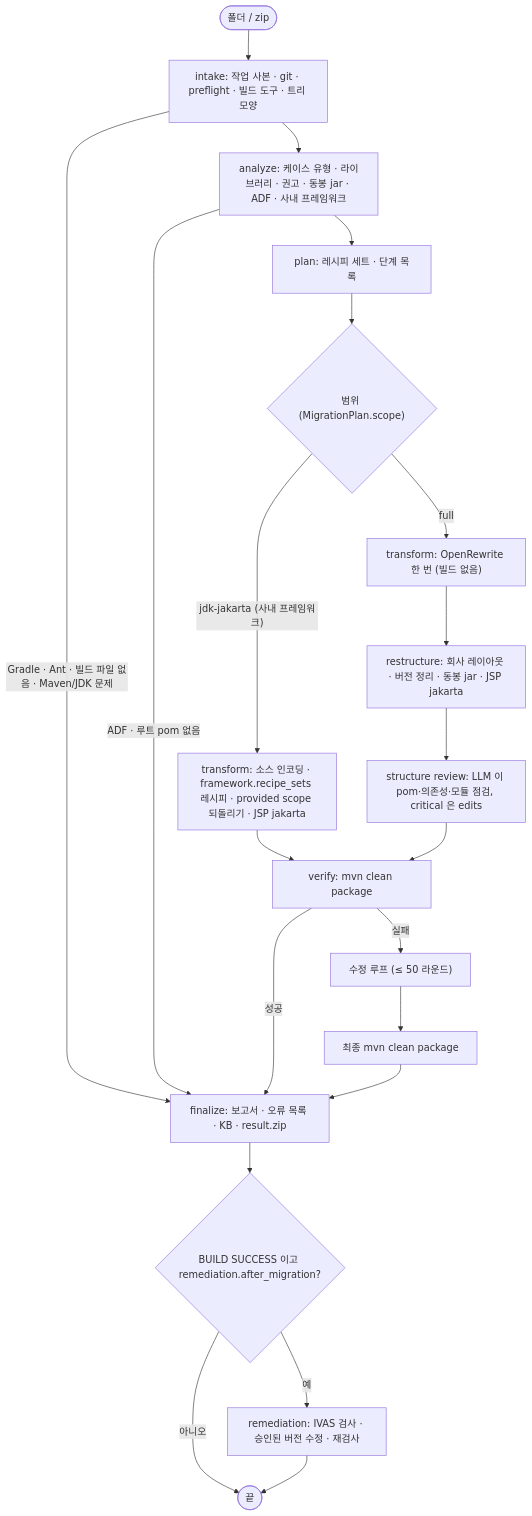
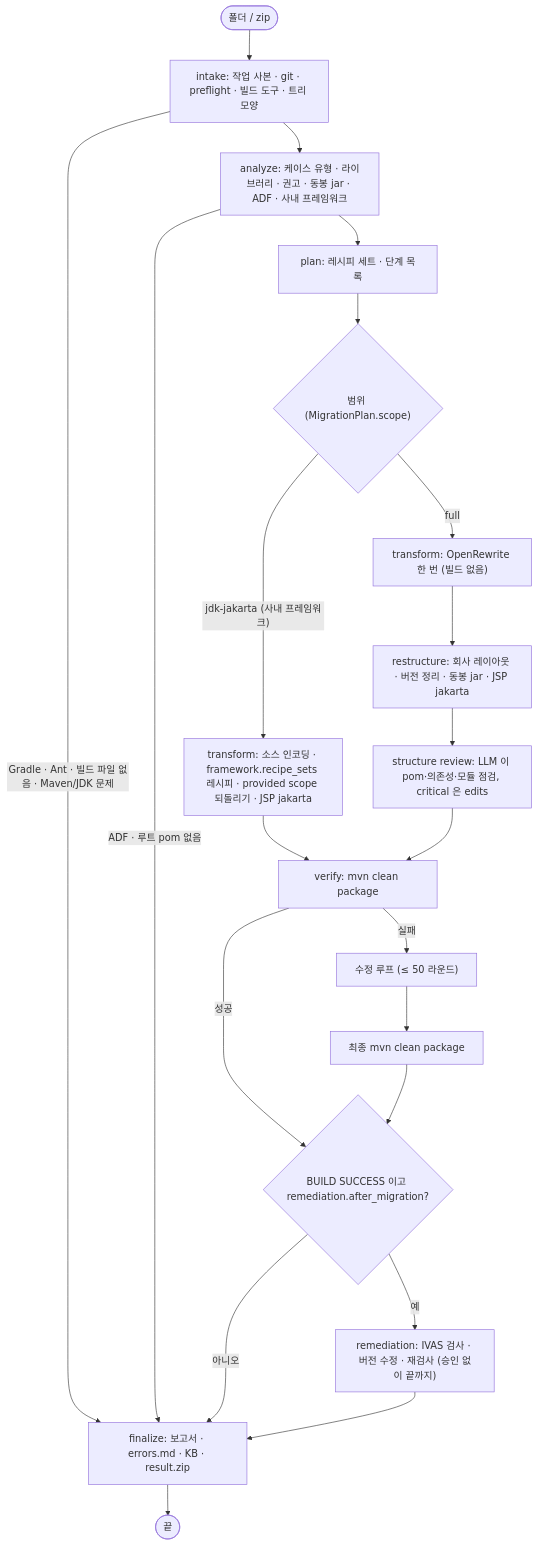
The second of 8 diagrams in docs/migration-agent/README.md (acandiatale/tutu), drawn with Mermaid before and after one commit. The commit also changed other lines of this file and 114 other files, not shown here.

````diff
--- a/docs/migration-agent/README.md
+++ b/docs/migration-agent/README.md
@@ -98,23 +98,23 @@
 ```mermaid
 flowchart TD
   START(["폴더 / zip"]) --> INTAKE["intake: 작업 사본 · git · preflight · 빌드 도구 · 트리 모양"]
   INTAKE -->|"Gradle · Ant · 빌드 파일 없음 · Maven/JDK 문제"| FIN
   INTAKE --> ANALYZE["analyze: 케이스 유형 · 라이브러리 · 권고 · 동봉 jar · ADF · 사내 프레임워크"]
   ANALYZE -->|"ADF · 루트 pom 없음"| FIN
   ANALYZE --> PLAN["plan: 레시피 세트 · 단계 목록"]
   PLAN --> SC{"범위 (MigrationPlan.scope)"}
   SC -->|"full"| T["transform: OpenRewrite 한 번 (빌드 없음)"]
   SC -->|"jdk-jakarta (사내 프레임워크)"| TF["transform: 소스 인코딩 · framework.recipe_sets 레시피 · provided scope 되돌리기 · JSP jakarta"]
   TF --> V
   T --> R["restructure: 회사 레이아웃 · 버전 정리 · 동봉 jar · JSP jakarta"]
   R --> RV["structure review: LLM 이 pom·의존성·모듈 점검, critical 은 edits"]
   RV --> V["verify: mvn clean package"]
   V -->|"실패"| LOOP["수정 루프 (≤ 50 라운드)"]
   LOOP --> VF["최종 mvn clean package"]
-  V -->|"성공"| FIN["finalize: 보고서 · 오류 목록 · KB · result.zip"]
-  VF --> FIN
-  FIN --> REM{"BUILD SUCCESS 이고 remediation.after_migration?"}
-  REM -->|"예"| RM["remediation: IVAS 검사 · 승인된 버전 수정 · 재검사"]
-  REM -->|"아니오"| END(["끝"])
-  RM --> END
+  V -->|"성공"| REM{"BUILD SUCCESS 이고 remediation.after_migration?"}
+  VF --> REM
+  REM -->|"예"| RM["remediation: IVAS 검사 · 버전 수정 · 재검사 (승인 없이 끝까지)"]
+  REM -->|"아니오"| FIN["finalize: 보고서 · errors.md · KB · result.zip"]
+  RM --> FIN
+  FIN --> END(["끝"])
 ```
````
